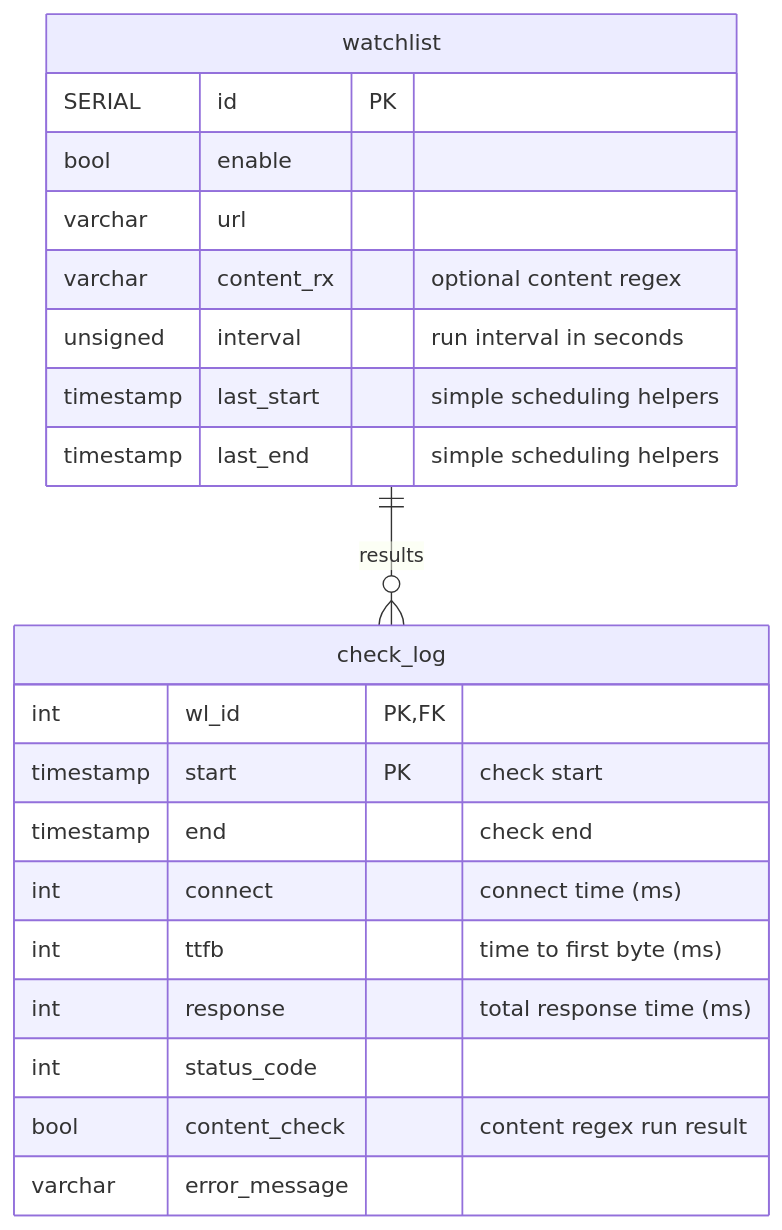
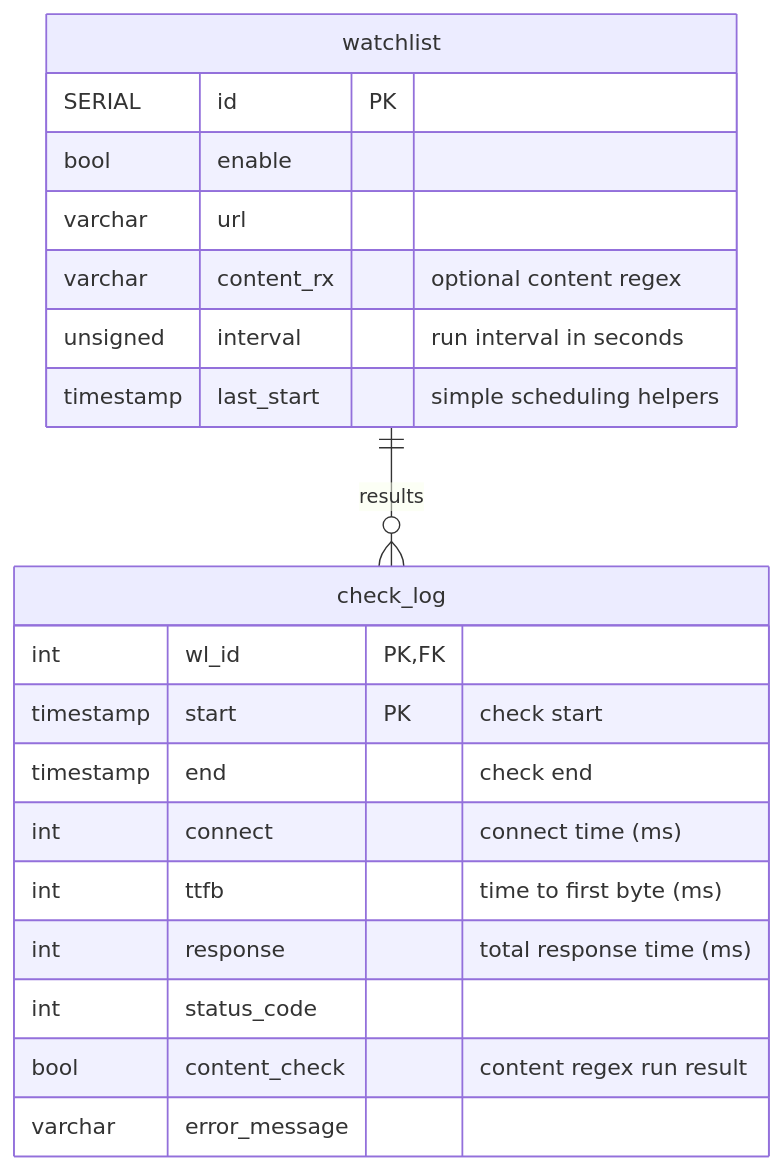
One commit to dmig/simple-url-monitor changed the second of 2 diagrams in README.md. Above: the diagram before and after it, drawn with Mermaid. The commit also changed 3 other files, not shown here.

````diff
--- a/README.md
+++ b/README.md
@@ -84,24 +84,23 @@
 ```mermaid
 erDiagram
     watchlist {
         SERIAL id PK
         bool enable
         varchar url
         varchar content_rx "optional content regex"
         unsigned interval "run interval in seconds"
         timestamp last_start "simple scheduling helpers"
-        timestamp last_end "simple scheduling helpers"
     }
     check_log {
         int wl_id PK, FK
         timestamp start PK "check start"
         timestamp end "check end"
         int connect "connect time (ms)"
         int ttfb "time to first byte (ms)"
         int response "total response time (ms)"
         int status_code
         bool content_check "content regex run result"
         varchar error_message
     }
     watchlist ||--o{ check_log : results
 ```
````
